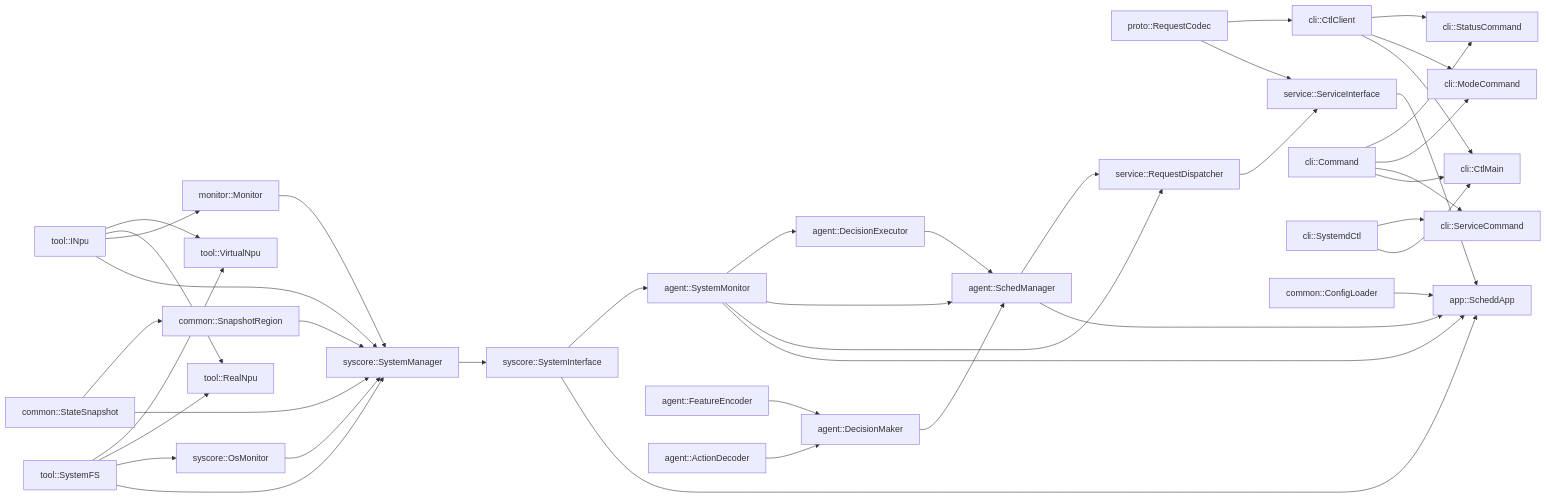
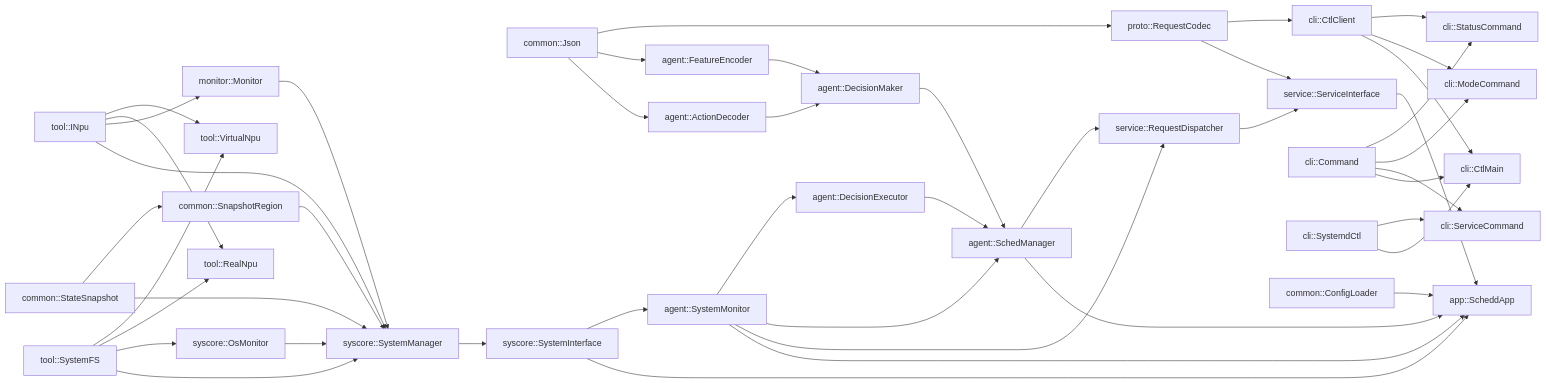
Before and after one commit to 060313/MiddleWare: the diagram in software-design-documents/软件详细设计文档.md, drawn with Mermaid. The commit also changed other lines of this file and 14 other files, not shown here.

````diff
--- a/software-design-documents/软件详细设计文档.md
+++ b/software-design-documents/软件详细设计文档.md
@@ -1271,43 +1355,46 @@
 ```mermaid
 graph LR
+  Json[common::Json] --> Codec
+  Json --> Enc
+  Json --> Dec
   Snap[common::StateSnapshot] --> Region[common::SnapshotRegion]
   INpu[tool::INpu] --> VNpu[tool::VirtualNpu]
   INpu --> RNpu[tool::RealNpu]
   INpu --> Mon[monitor::Monitor]
   FS[tool::SystemFS] --> VNpu
   FS --> RNpu
   FS --> Os[syscore::OsMonitor]
   Region --> SysMgr
   Os --> SysMgr[syscore::SystemManager]
   Mon --> SysMgr
   INpu --> SysMgr
   FS --> SysMgr
   Snap --> SysMgr
   SysMgr --> SysIf[syscore::SystemInterface]
   SysIf --> AgentMon[agent::SystemMonitor]
   Enc[agent::FeatureEncoder] --> Maker[agent::DecisionMaker]
   Dec[agent::ActionDecoder] --> Maker
   AgentMon --> Exec[agent::DecisionExecutor]
   AgentMon --> SchedMgr[agent::SchedManager]
   Maker --> SchedMgr
   Exec --> SchedMgr
   Codec[proto::RequestCodec] --> Client[cli::CtlClient]
   Codec --> SvcIf[service::ServiceInterface]
   SchedMgr --> Disp[service::RequestDispatcher]
   AgentMon --> Disp
   Disp --> SvcIf
   Cmd[cli::Command] --> StatusCmd[cli::StatusCommand]
   Client --> StatusCmd
   Client --> ModeCmd[cli::ModeCommand]
   Cmd --> ModeCmd
   Systemd[cli::SystemdCtl] --> SvcCmd[cli::ServiceCommand]
   Cmd --> SvcCmd
   Cmd --> CtlMain[cli::CtlMain]
   Client --> CtlMain
   Systemd --> CtlMain
   Cfg[common::ConfigLoader] --> App[app::ScheddApp]
   SysIf --> App
   AgentMon --> App
   SchedMgr --> App
   SvcIf --> App
 ```
````
